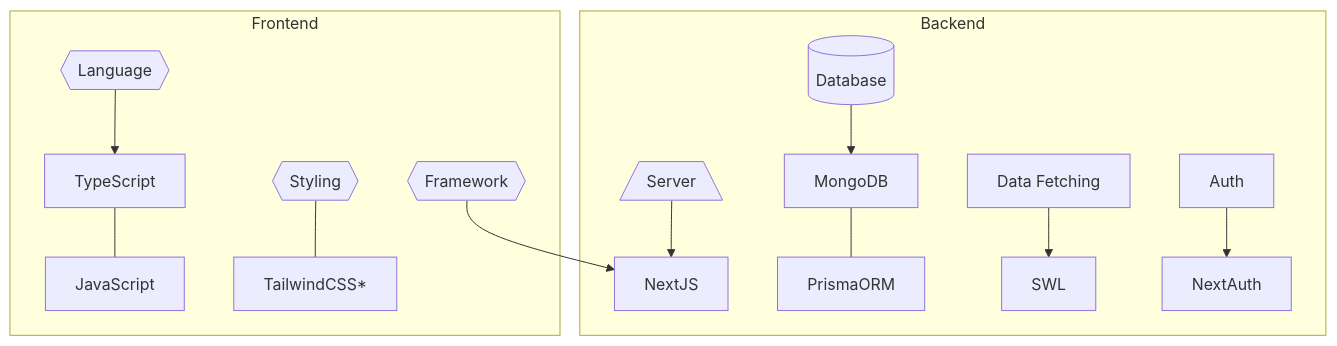
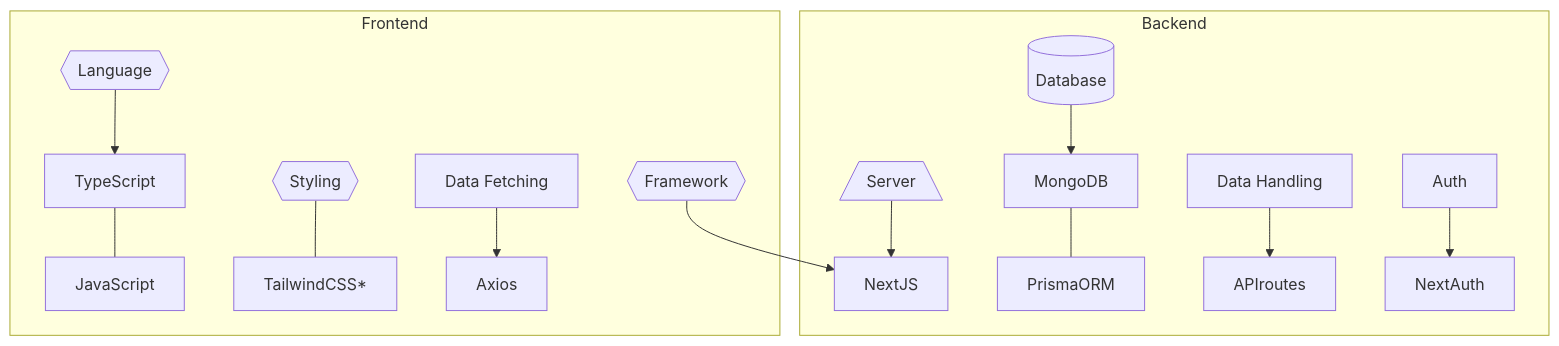
One commit to kezzaam/guidinglight changed the first of 3 diagrams in README.md. Above: the diagram before and after it, drawn with Mermaid. The commit also changed 14 other files, not shown here.

````diff
--- a/README.md
+++ b/README.md
@@ -32,14 +32,15 @@
 ```mermaid
 flowchart TB
     subgraph Backend
     id0[/Server\]-->NextJS
     id1[(Database)]-->MongoDB---PrismaORM
-    id3[Data Fetching]-->SWL
+    id3[Data Handling]-->APIroutes
     id4[Auth]-->NextAuth
     end
     subgraph Frontend
     id2{{Framework}}-->NextJS
     id5{{Language}}-->TypeScript---JavaScript
     id6{{Styling}}---TailwindCSS*
+    id7[Data Fetching]-->Axios
     end
 ```
````
